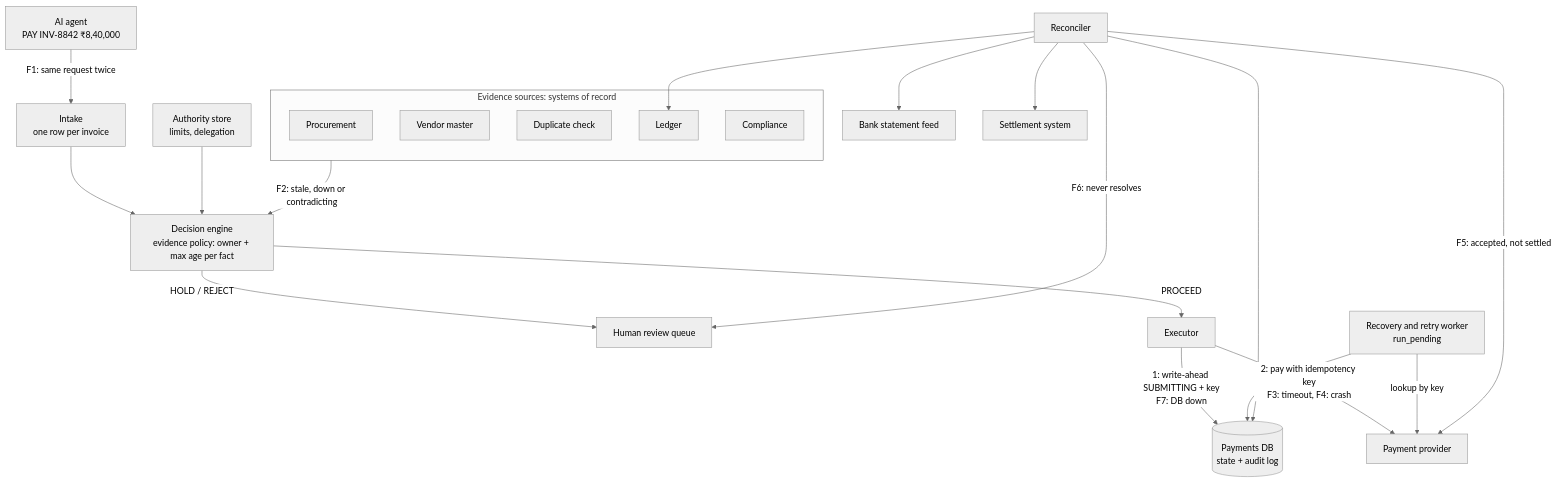
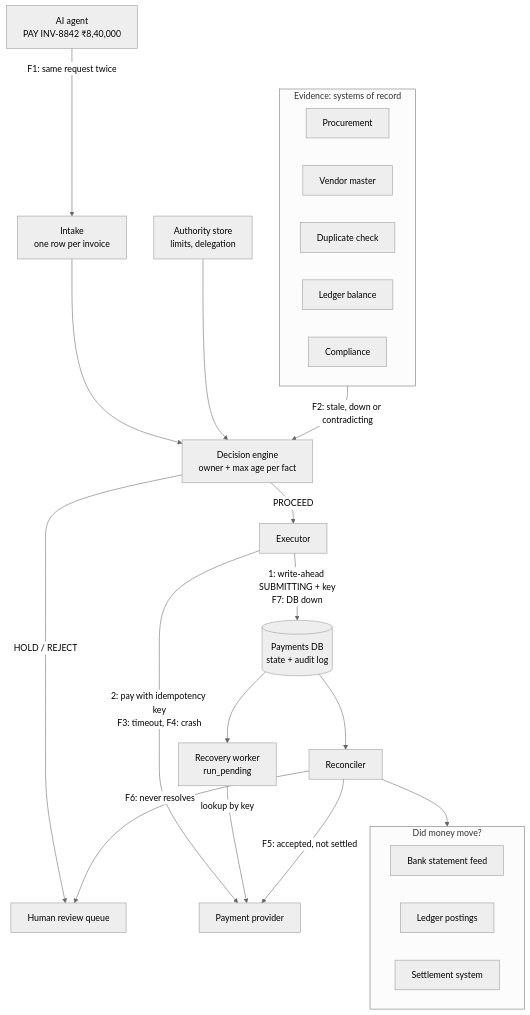
The first of 2 diagrams in docs/ARCHITECTURE.md (ShubhamAggarwal0812/naptune-backend-challenge), drawn with Mermaid (neutral theme) before and after one commit.

Commit message:
Redraw the components diagram in clear layers

````diff
--- a/docs/ARCHITECTURE.md
+++ b/docs/ARCHITECTURE.md
@@ -5,30 +5,34 @@
 ```mermaid
 flowchart TD
     AGENT["AI agent<br/>PAY INV-8842 ₹8,40,000"] -->|"F1: same request twice"| INTAKE["Intake<br/>one row per invoice"]
-    INTAKE --> DECIDE["Decision engine<br/>evidence policy: owner + max age per fact"]
-    AUTH["Authority store<br/>limits, delegation"] --> DECIDE
 
-    subgraph SOURCES["Evidence sources: systems of record"]
+    subgraph EVIDENCE["Evidence: systems of record"]
         PROC["Procurement"]
         VENDOR["Vendor master"]
         DUP["Duplicate check"]
-        LEDGER["Ledger"]
+        BAL["Ledger balance"]
         COMP["Compliance"]
     end
-    SOURCES -->|"F2: stale, down or contradicting"| DECIDE
+
+    INTAKE --> DECIDE["Decision engine<br/>owner + max age per fact"]
+    AUTH["Authority store<br/>limits, delegation"] --> DECIDE
+    EVIDENCE -->|"F2: stale, down or contradicting"| DECIDE
 
     DECIDE -->|"HOLD / REJECT"| HUMAN["Human review queue"]
     DECIDE -->|"PROCEED"| EXEC["Executor"]
     EXEC -->|"1: write-ahead SUBMITTING + key<br/>F7: DB down"| DB[("Payments DB<br/>state + audit log")]
     EXEC -->|"2: pay with idempotency key<br/>F3: timeout, F4: crash"| PSP["Payment provider"]
 
-    RECOVER["Recovery and retry worker<br/>run_pending"] -->|"lookup by key"| PSP
-    RECOVER --> DB
+    DB --> RECOVER["Recovery worker<br/>run_pending"]
+    RECOVER -->|"lookup by key"| PSP
+    DB --> RECON["Reconciler"]
+    RECON -->|"F5: accepted, not settled"| PSP
 
-    RECON["Reconciler"] -->|"F5: accepted, not settled"| PSP
-    RECON --> BANK["Bank statement feed"]
-    RECON --> LEDGER
-    RECON --> SETTLE["Settlement system"]
-    RECON --> DB
+    subgraph PROOF["Did money move?"]
+        BANK["Bank statement feed"]
+        POSTINGS["Ledger postings"]
+        SETTLE["Settlement system"]
+    end
+    RECON --> PROOF
     RECON -->|"F6: never resolves"| HUMAN
 ```
````
